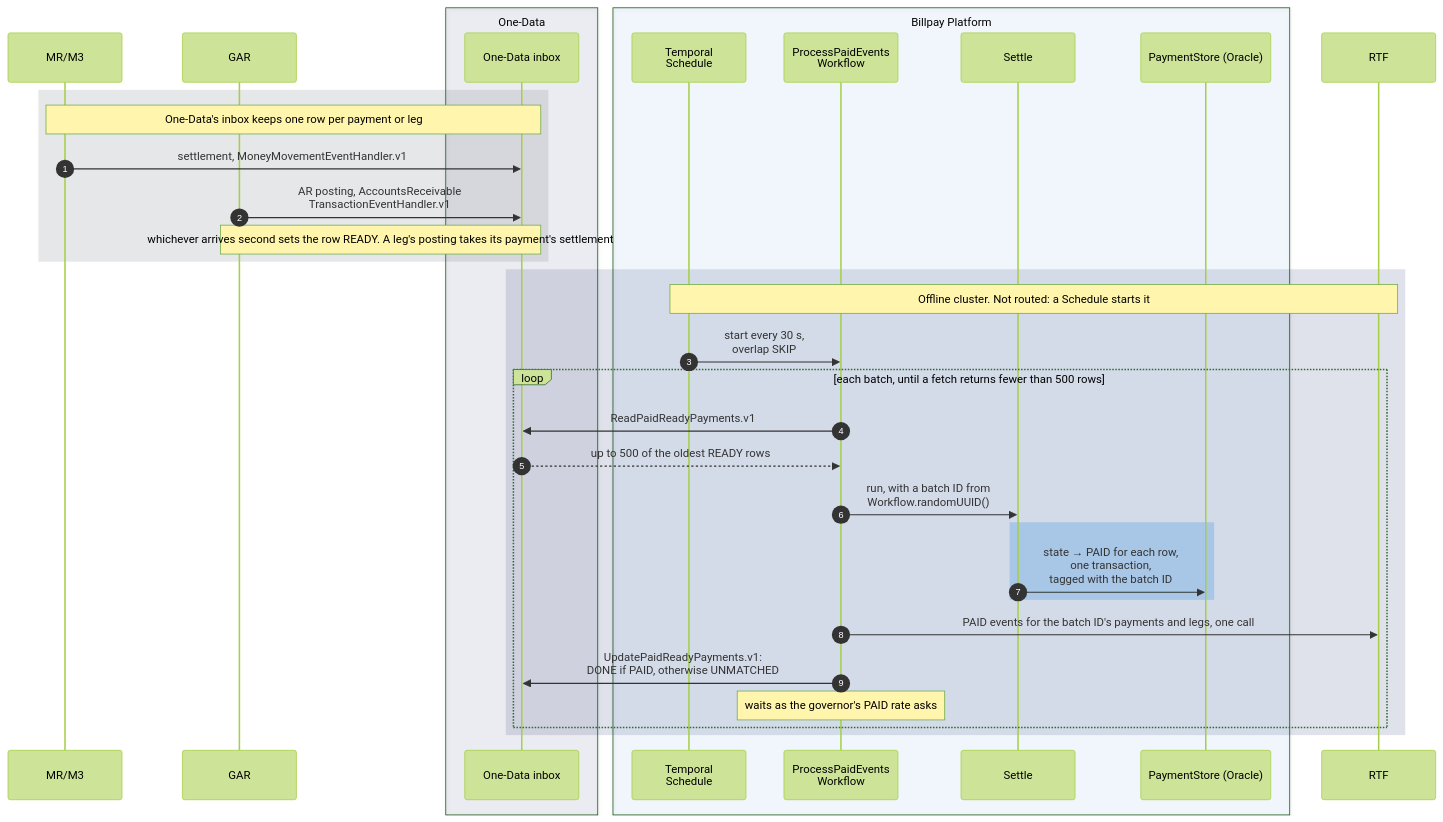
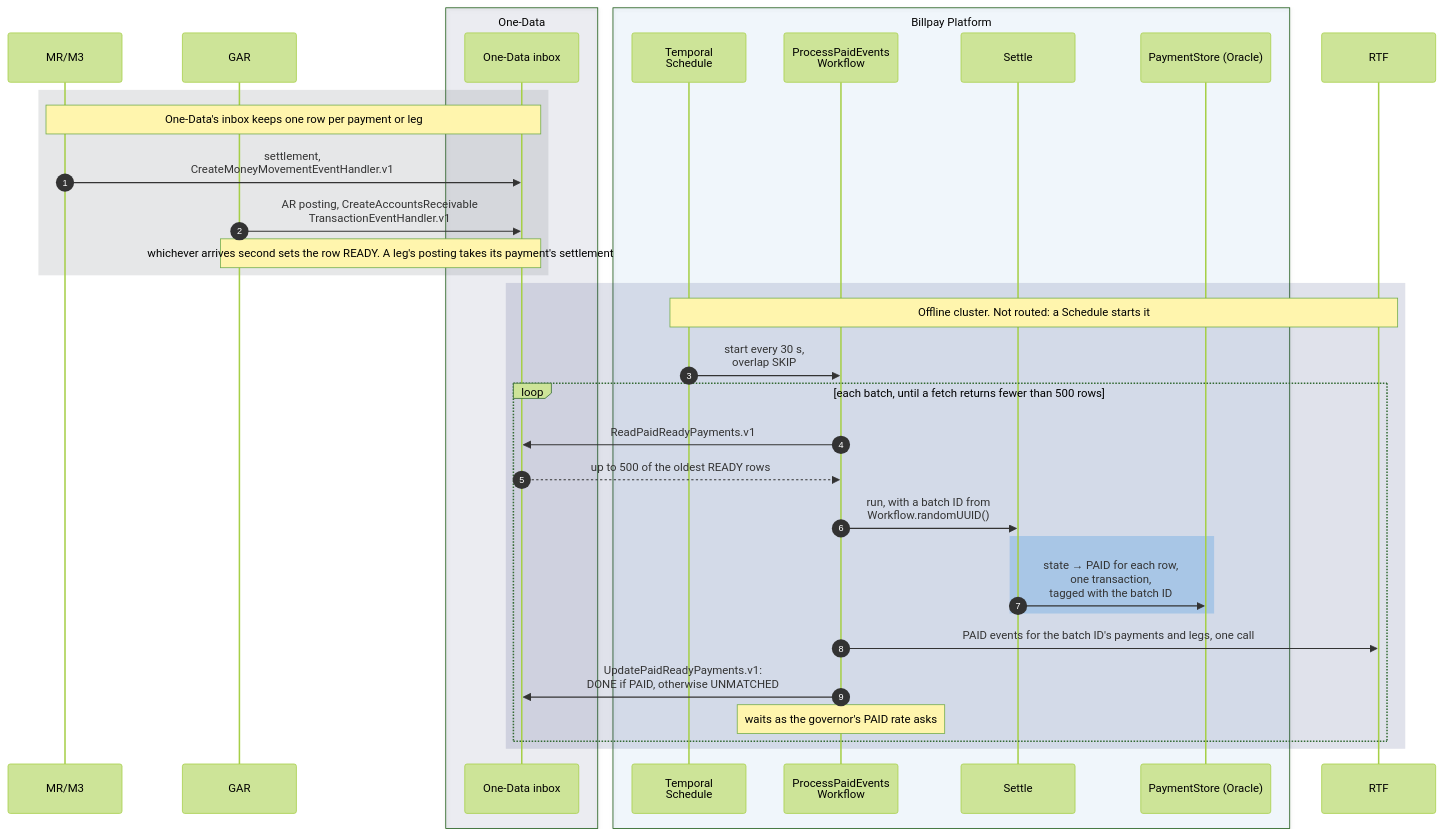
One commit to arunav-bhattacharya/billpay-book changed the tenth of 14 diagrams in website/docs/design/sequence-diagrams.md. Above: the diagram before and after it, drawn with Mermaid (forest theme). The commit also changed other lines of this file and 19 other files, not shown here.

````diff
--- a/website/docs/design/sequence-diagrams.md
+++ b/website/docs/design/sequence-diagrams.md
@@ -664,48 +664,48 @@
 ```mermaid
 ---
 config:
   fontFamily: "BentonSansUI, Helvetica, Arial, sans-serif"
   fontSize: 15
 ---
 sequenceDiagram
   autonumber
 
   participant MM as MR/M3
   participant GAR
 
   box rgba(0,23,90,0.07) One-Data
     participant IN as One-Data inbox
   end
 
   box rgba(0,111,207,0.05) Billpay Platform
     participant SCH as Temporal<br/>Schedule
     participant WF as ProcessPaidEvents<br/>Workflow
     participant SET as Settle
     participant PS as PaymentStore (Oracle)
   end
 
   participant RTF
 
   rect rgba(83,86,90,0.14)
     Note over MM,IN: One-Data's inbox keeps one row per payment or leg
-    MM->>IN: settlement, MoneyMovementEventHandler.v1
-    GAR->>IN: AR posting, AccountsReceivable<br/>TransactionEventHandler.v1
+    MM->>IN: settlement,<br/>CreateMoneyMovementEventHandler.v1
+    GAR->>IN: AR posting, CreateAccountsReceivable<br/>TransactionEventHandler.v1
     Note over GAR,IN: whichever arrives second sets the row READY. A leg's posting takes its payment's settlement
   end
 
   rect rgba(0,23,90,0.12)
     Note over SCH,RTF: Offline cluster. Not routed: a Schedule starts it
     SCH->>WF: start every 30 s,<br/>overlap SKIP
     loop each batch, until a fetch returns fewer than 500 rows
       WF->>IN: ReadPaidReadyPayments.v1
       IN-->>WF: up to 500 of the oldest READY rows
       WF->>SET: run, with a batch ID from<br/>Workflow.randomUUID()
       rect rgba(102,169,226,0.40)
         SET->>PS: state → PAID for each row,<br/>one transaction,<br/>tagged with the batch ID
       end
       WF->>RTF: PAID events for the batch ID's payments and legs, one call
       WF->>IN: UpdatePaidReadyPayments.v1:<br/>DONE if PAID, otherwise UNMATCHED
       Note over WF: waits as the governor's PAID rate asks
     end
   end
 ```
````
